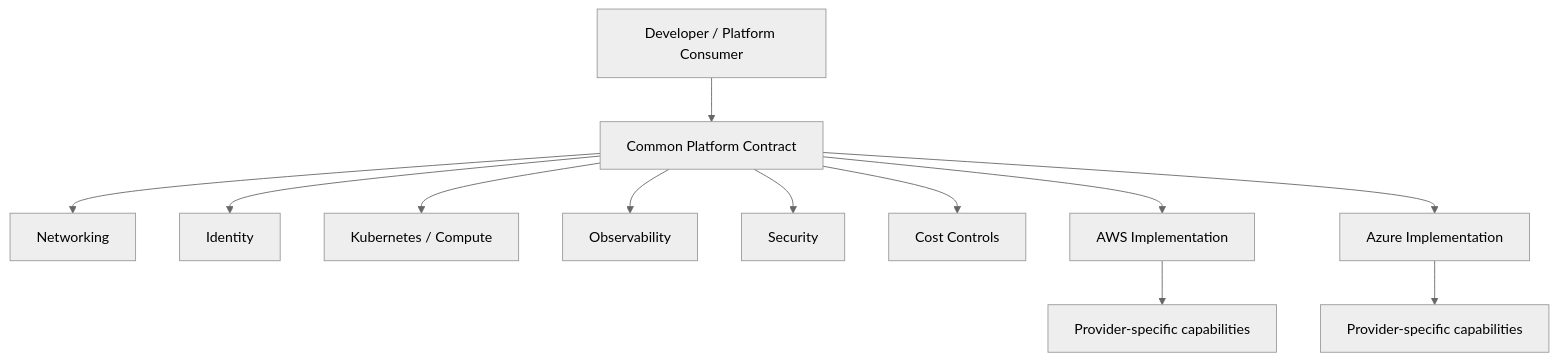
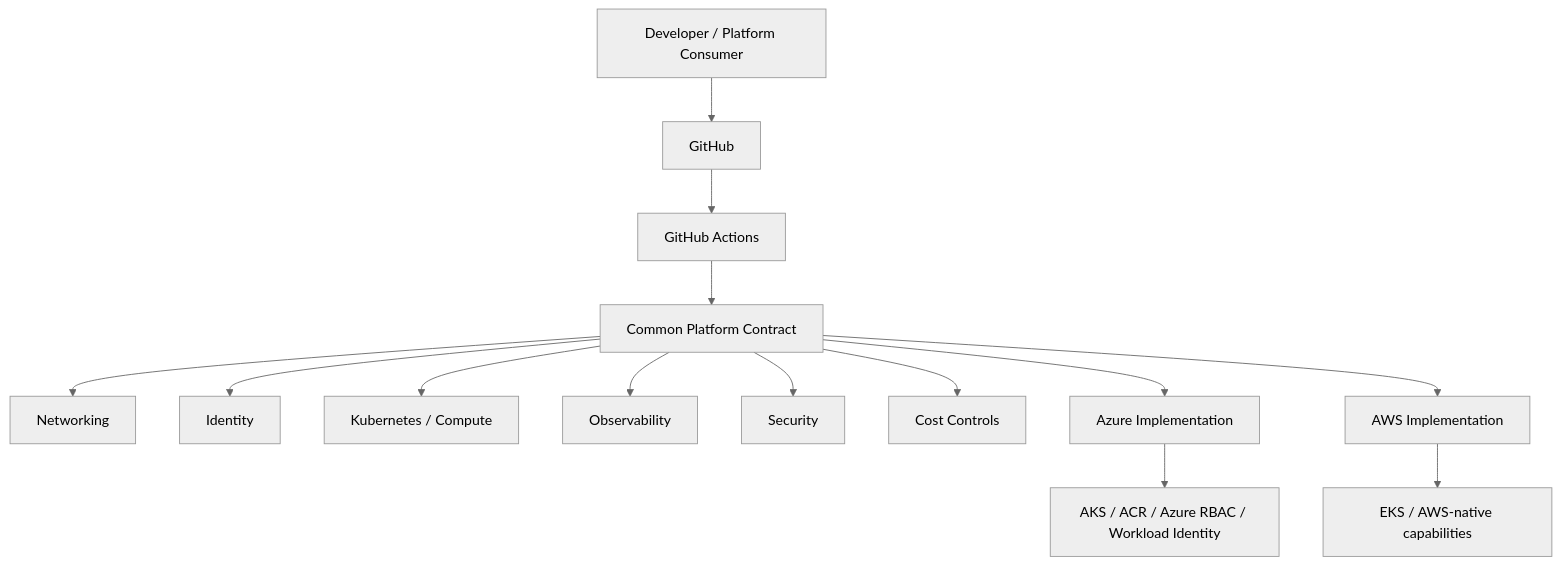
One commit to obinna-obika-devops/multi-cloud-platform-engineering changed the diagram in README.md. Above: the diagram before and after it, drawn with Mermaid (neutral theme). The commit also changed other lines of this file, not shown here.

Commit message:
promote Azure AKS platform track

````diff
--- a/README.md
+++ b/README.md
@@ -16,14 +37,16 @@
 ```mermaid
 flowchart TB
-    D[Developer / Platform Consumer] --> C[Common Platform Contract]
+    D[Developer / Platform Consumer] --> G[GitHub]
+    G --> CI[GitHub Actions]
+    CI --> C[Common Platform Contract]
     C --> N[Networking]
     C --> I[Identity]
     C --> K[Kubernetes / Compute]
     C --> O[Observability]
     C --> S[Security]
     C --> F[Cost Controls]
+    C --> Z[Azure Implementation]
     C --> A[AWS Implementation]
-    C --> Z[Azure Implementation]
-    A --> AT[Provider-specific capabilities]
-    Z --> ZT[Provider-specific capabilities]
+    Z --> AKS[AKS / ACR / Azure RBAC / Workload Identity]
+    A --> EKS[EKS / AWS-native capabilities]
 ```
````
